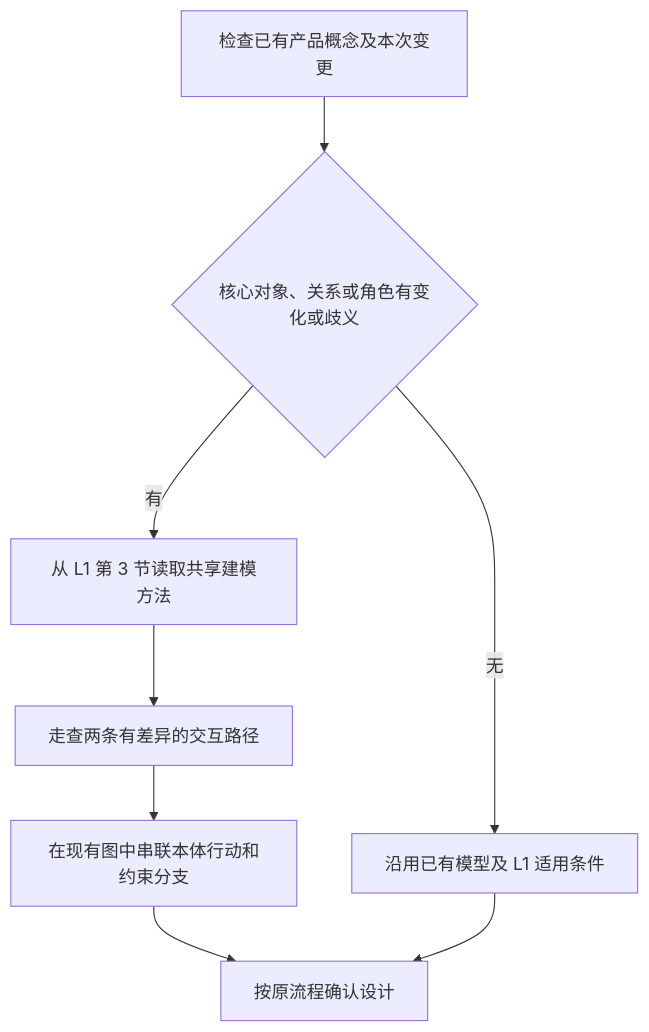
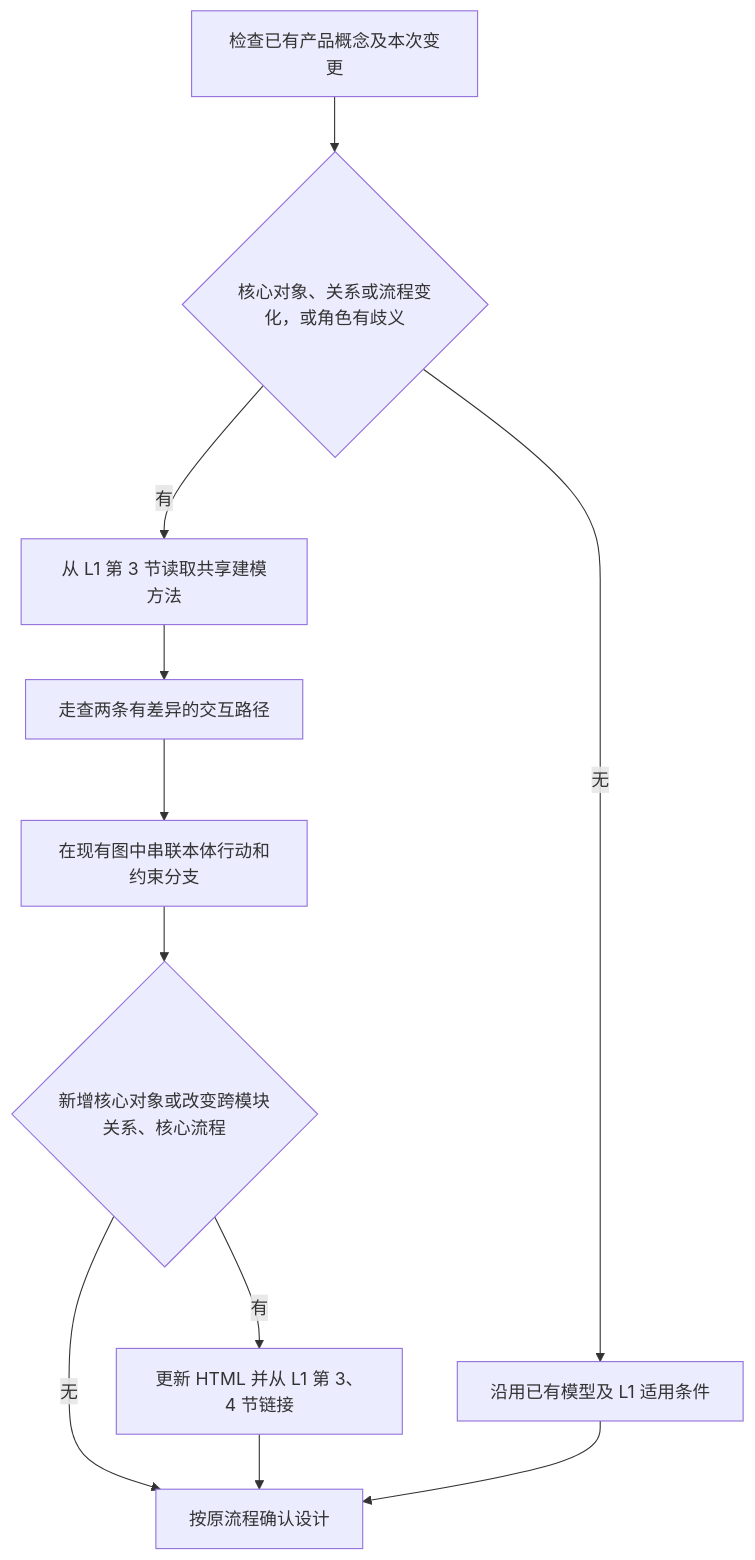
The diagram in docs/design/62-product-ontology-method/product.md (xforce-io/keel), drawn with Mermaid before and after one commit. The commit also changed other lines of this file and 4 other files, not shown here.

````diff
--- a/docs/design/62-product-ontology-method/product.md
+++ b/docs/design/62-product-ontology-method/product.md
@@ -21,10 +21,13 @@
 ```mermaid
 flowchart TD
-  A[检查已有产品概念及本次变更] --> B{核心对象、关系或角色有变化或歧义}
+  A[检查已有产品概念及本次变更] --> B{核心对象、关系或流程变化，或角色有歧义}
   B -->|有| C[从 L1 第 3 节读取共享建模方法]
   C --> D[走查两条有差异的交互路径]
   D --> E[在现有图中串联本体行动和约束分支]
   B -->|无| F[沿用已有模型及 L1 适用条件]
-  E --> G[按原流程确认设计]
+  E --> H{新增核心对象或改变跨模块关系、核心流程}
+  H -->|有| I[更新 HTML 并从 L1 第 3、4 节链接]
+  H -->|无| G[按原流程确认设计]
+  I --> G
   F --> G
 ```
````
